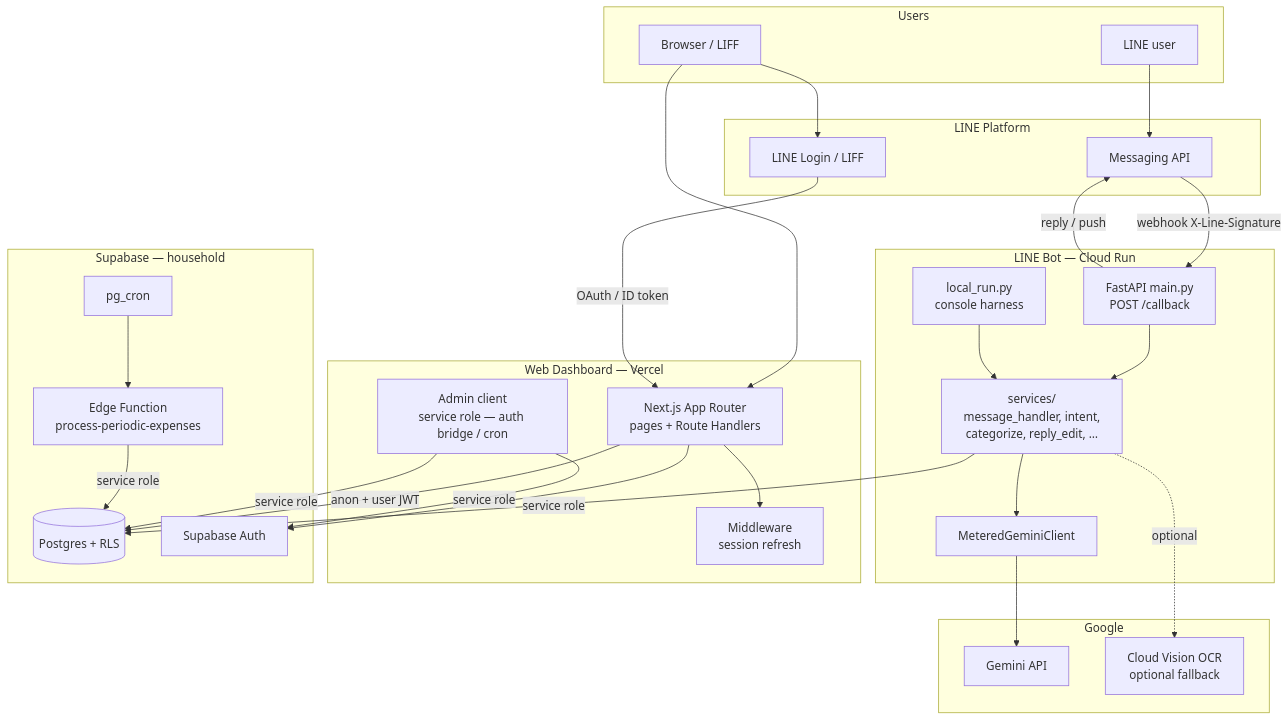
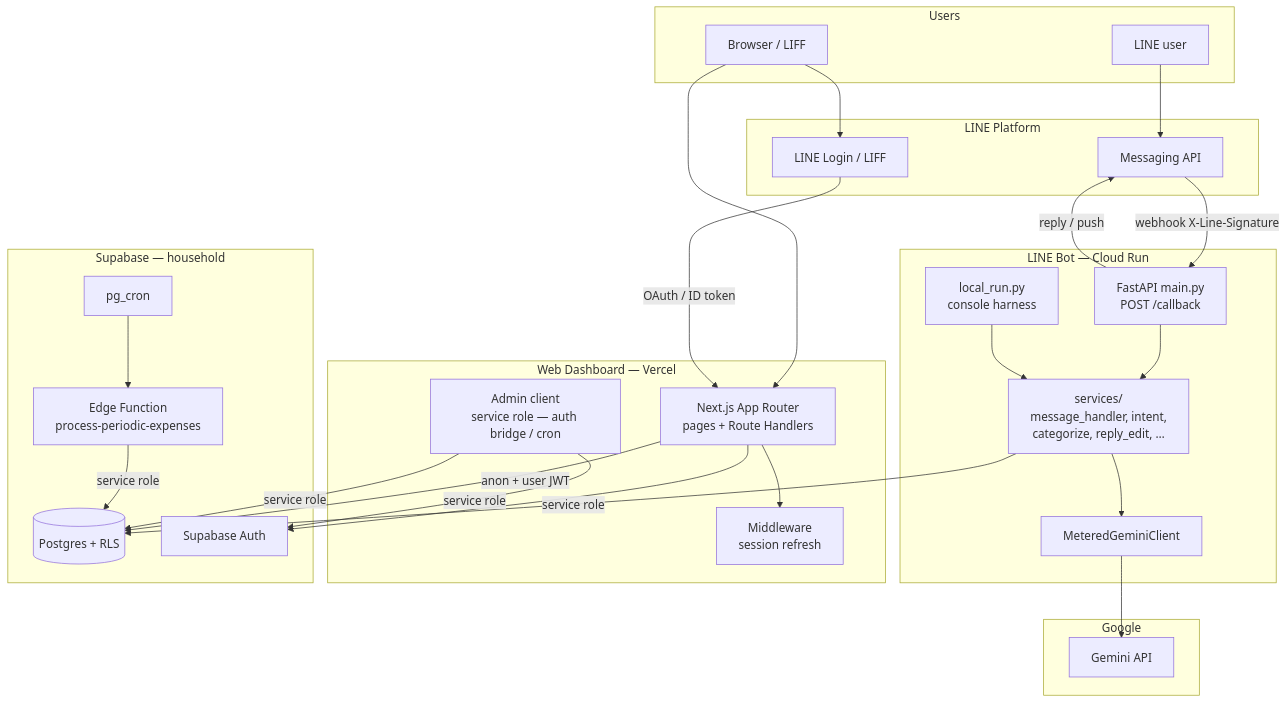
Before and after one commit to yangxb8/linebot-money-tracker: the first of 7 diagrams in docs/ARCHITECTURE.md, drawn with Mermaid. The commit also changed other lines of this file and 20 other files, not shown here.

````diff
--- a/docs/ARCHITECTURE.md
+++ b/docs/ARCHITECTURE.md
@@ -52,58 +52,56 @@
 ```mermaid
 flowchart TB
   subgraph Users
     U[LINE user]
     B[Browser / LIFF]
   end
 
   subgraph LINE["LINE Platform"]
     MSG[Messaging API]
     LOGIN[LINE Login / LIFF]
   end
 
   subgraph Bot["LINE Bot — Cloud Run"]
     API["FastAPI main.py\nPOST /callback"]
     SVC["services/\nmessage_handler, intent,\ncategorize, reply_edit, …"]
     GEM_WRAP["MeteredGeminiClient"]
     LOCAL["local_run.py\nconsole harness"]
   end
 
   subgraph Web["Web Dashboard — Vercel"]
     NEXT["Next.js App Router\npages + Route Handlers"]
     MW["Middleware\nsession refresh"]
     ADMIN["Admin client\nservice role — auth bridge / cron"]
   end
 
   subgraph AI["Google"]
     GEMINI[Gemini API]
-    VISION[Cloud Vision OCR\noptional fallback]
   end
 
   subgraph Supa["Supabase — household"]
     PG[(Postgres + RLS)]
     AUTH[Supabase Auth]
     EDGE["Edge Function\nprocess-periodic-expenses"]
     CRON[pg_cron]
   end
 
   U --> MSG
   MSG -->|webhook X-Line-Signature| API
   API --> SVC
   SVC --> GEM_WRAP
   GEM_WRAP --> GEMINI
   SVC -->|service role| PG
   API -->|reply / push| MSG
-  SVC -.->|optional| VISION
   LOCAL --> SVC
 
   B --> LOGIN
   B --> NEXT
   LOGIN -->|OAuth / ID token| NEXT
   NEXT --> MW
   NEXT -->|anon + user JWT| PG
   NEXT --> AUTH
   ADMIN -->|service role| AUTH
   ADMIN -->|service role| PG
   CRON --> EDGE
   EDGE -->|service role| PG
 ```
````
